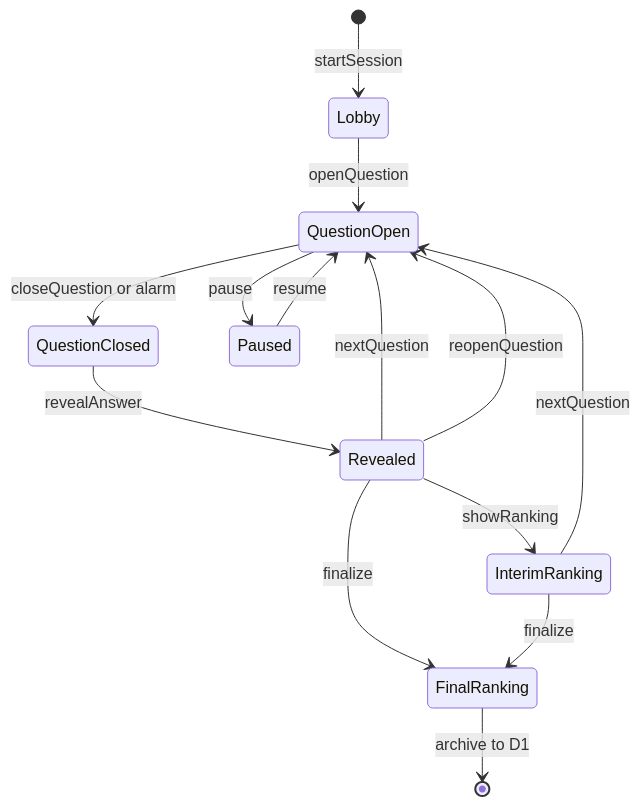
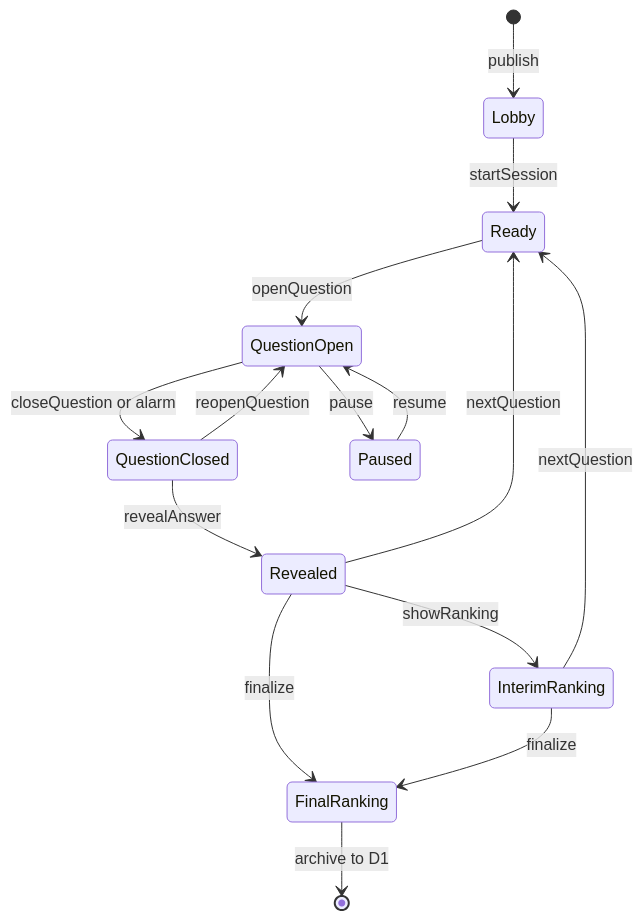
Before and after one commit to yuuki-nishino/Quizoom: the third of 5 diagrams in .kiro/specs/live-quiz-app/design.md, drawn with Mermaid. The commit also changed other lines of this file and 3 other files, not shown here.

````diff
--- a/.kiro/specs/live-quiz-app/design.md
+++ b/.kiro/specs/live-quiz-app/design.md
@@ -205,17 +216,18 @@
 ```mermaid
 stateDiagram-v2
-    [*] --> Lobby: startSession
-    Lobby --> QuestionOpen: openQuestion
+    [*] --> Lobby: publish
+    Lobby --> Ready: startSession
+    Ready --> QuestionOpen: openQuestion
     QuestionOpen --> QuestionClosed: closeQuestion or alarm
+    QuestionClosed --> QuestionOpen: reopenQuestion
     QuestionClosed --> Revealed: revealAnswer
-    Revealed --> QuestionOpen: nextQuestion
-    Revealed --> QuestionOpen: reopenQuestion
+    Revealed --> Ready: nextQuestion
     Revealed --> InterimRanking: showRanking
-    InterimRanking --> QuestionOpen: nextQuestion
+    InterimRanking --> Ready: nextQuestion
     Revealed --> FinalRanking: finalize
     InterimRanking --> FinalRanking: finalize
     FinalRanking --> [*]: archive to D1
 
     QuestionOpen --> Paused: pause
     Paused --> QuestionOpen: resume
 ```
````
